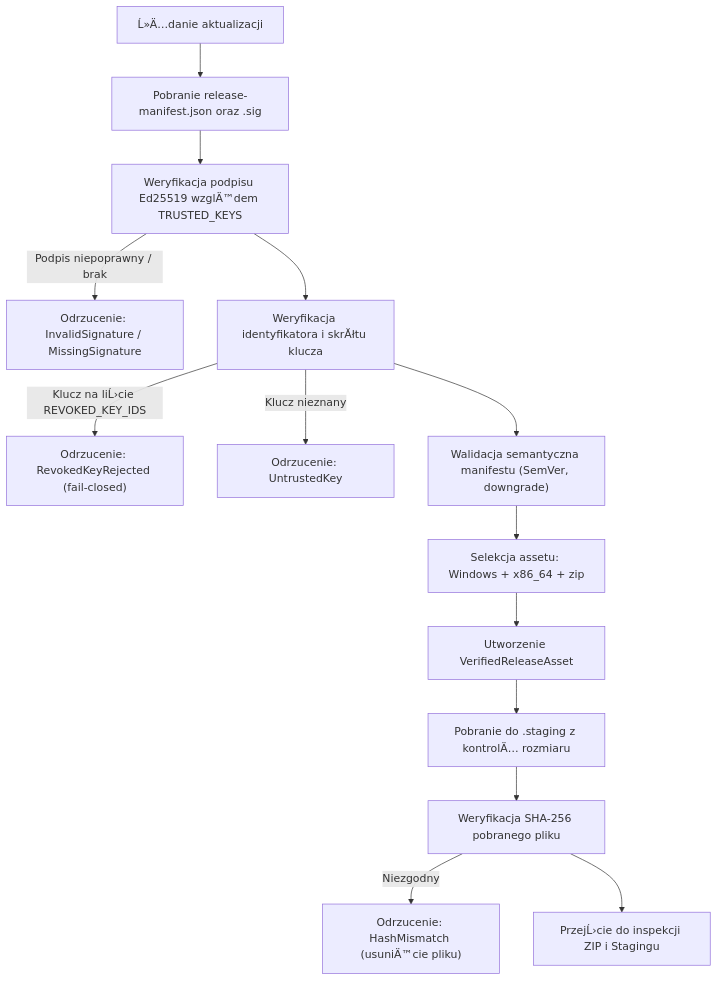
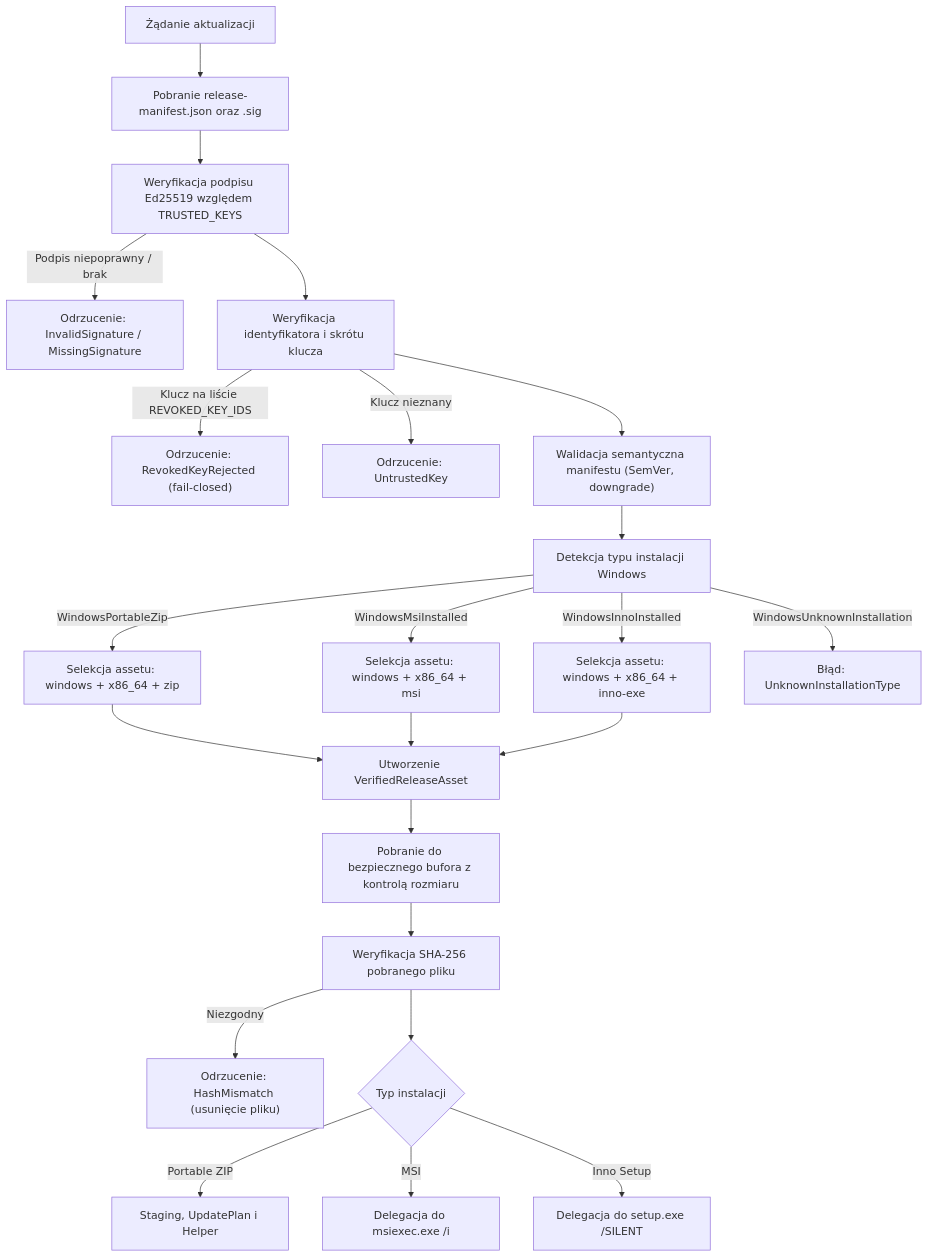
The diagram in DESIGN_3_0_A_WINDOWS_UPDATE.md (sp6ina/SPLogbook), drawn with Mermaid before and after one commit. The commit also changed other lines of this file, not shown here.

Commit message:
docs(updater): approve expanded Windows M3 installer scope

````diff
--- a/DESIGN_3_0_A_WINDOWS_UPDATE.md
+++ b/DESIGN_3_0_A_WINDOWS_UPDATE.md
@@ -110,16 +204,25 @@
 ```mermaid
 flowchart TD
-    Start["Ĺ»Ä…danie aktualizacji"] --> FetchM["Pobranie release-manifest.json oraz .sig"]
-    FetchM --> SigVerify["Weryfikacja podpisu Ed25519 wzglÄ™dem TRUSTED_KEYS"]
+    Start["Żądanie aktualizacji"] --> FetchM["Pobranie release-manifest.json oraz .sig"]
+    FetchM --> SigVerify["Weryfikacja podpisu Ed25519 względem TRUSTED_KEYS"]
     SigVerify -->|Podpis niepoprawny / brak| FailTrust["Odrzucenie: InvalidSignature / MissingSignature"]
-    SigVerify --> KeyCheck["Weryfikacja identyfikatora i skrĂłtu klucza"]
-    KeyCheck -->|Klucz na liĹ›cie REVOKED_KEY_IDS| FailRevoked["Odrzucenie: RevokedKeyRejected (fail-closed)"]
+    SigVerify --> KeyCheck["Weryfikacja identyfikatora i skrótu klucza"]
+    KeyCheck -->|Klucz na liście REVOKED_KEY_IDS| FailRevoked["Odrzucenie: RevokedKeyRejected (fail-closed)"]
     KeyCheck -->|Klucz nieznany| FailUnknown["Odrzucenie: UntrustedKey"]
     KeyCheck --> ManifestValid["Walidacja semantyczna manifestu (SemVer, downgrade)"]
-    ManifestValid --> SelectAsset["Selekcja assetu: Windows + x86_64 + zip"]
-    SelectAsset --> VAsset["Utworzenie VerifiedReleaseAsset"]
-    VAsset --> Download["Pobranie do .staging z kontrolÄ… rozmiaru"]
+    ManifestValid --> Detect["Detekcja typu instalacji Windows"]
+    Detect -->|WindowsPortableZip| SelectZip["Selekcja assetu: windows + x86_64 + zip"]
+    Detect -->|WindowsMsiInstalled| SelectMsi["Selekcja assetu: windows + x86_64 + msi"]
+    Detect -->|WindowsInnoInstalled| SelectInno["Selekcja assetu: windows + x86_64 + inno-exe"]
+    Detect -->|WindowsUnknownInstallation| FailUnknownType["Błąd: UnknownInstallationType"]
+    SelectZip --> VAsset["Utworzenie VerifiedReleaseAsset"]
+    SelectMsi --> VAsset
+    SelectInno --> VAsset
+    VAsset --> Download["Pobranie do bezpiecznego bufora z kontrolą rozmiaru"]
     Download --> HashCheck["Weryfikacja SHA-256 pobranego pliku"]
-    HashCheck -->|Niezgodny| FailHash["Odrzucenie: HashMismatch (usuniÄ™cie pliku)"]
-    HashCheck --> StagingPhase["PrzejĹ›cie do inspekcji ZIP i Stagingu"]
+    HashCheck -->|Niezgodny| FailHash["Odrzucenie: HashMismatch (usunięcie pliku)"]
+    HashCheck --> Dispatch{"Typ instalacji"}
+    Dispatch -->|Portable ZIP| StagingPhase["Staging, UpdatePlan i Helper"]
+    Dispatch -->|MSI| MsiExec["Delegacja do msiexec.exe /i"]
+    Dispatch -->|Inno Setup| InnoExec["Delegacja do setup.exe /SILENT"]
 ```
````
